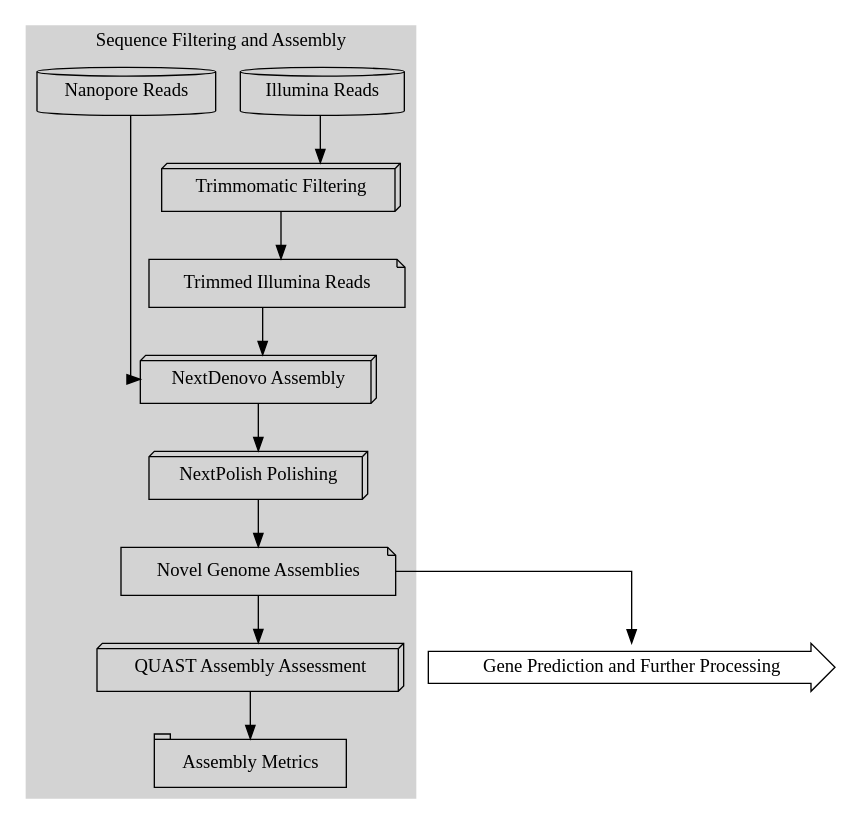
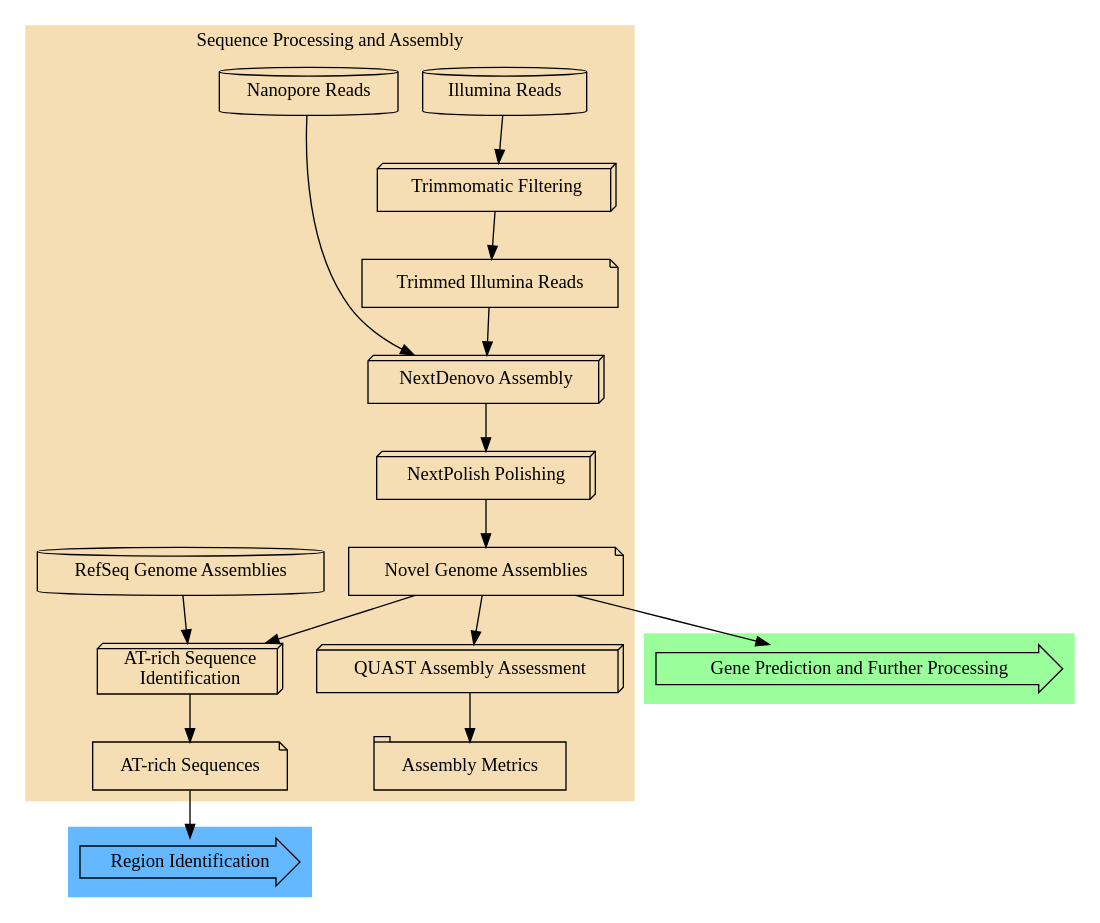
Before and after one commit to cbe453/masters: the diagram in working-thesis/figures/assembly-met.dot, drawn with Graphviz. The commit also changed 20 other files, not shown here.

```diff
--- a/working-thesis/figures/assembly-met.dot
+++ b/working-thesis/figures/assembly-met.dot
@@ -1,35 +1,53 @@
 digraph G{
 
-	"Gene Prediction and Further Processing" [shape = rarrow];
+	subgraph cluster_1 {
+		 style = filled;
+		 color = palegreen1;
+		 "Gene Prediction and Further Processing" [shape = rarrow];
+		 
+	}
+	
 	#"Identify AT-rich Genomic Sequence" [shape = box3d];
-
-	splines = ortho;
+	#splines = ortho;
 	rankdir = "TB";
 	subgraph cluster_0 {
 		 style = filled;
-		 color = lightgray;
+		 color = wheat;
 		 "Illumina Reads" [shape = cylinder];
 		 "Trimmomatic Filtering" [shape = box3d];
 		 "Nanopore Reads" [shape = cylinder];
 		 "NextDenovo Assembly" [shape = box3d];
 		 "NextPolish Polishing" [shape = box3d];
 		 "Trimmed Illumina Reads" [shape = note];
 		 "Novel Genome Assemblies" [shape = note];
 		 "Illumina Reads" -> "Trimmomatic Filtering";
 		 "Trimmomatic Filtering" -> "Trimmed Illumina Reads";
 		 "Trimmed Illumina Reads" -> "NextDenovo Assembly";
 		 "Nanopore Reads" -> "NextDenovo Assembly";
 		 "NextDenovo Assembly" -> "NextPolish Polishing" -> "Novel Genome Assemblies";
 		 "QUAST Assembly Assessment" [shape = box3d];
 		 "Novel Genome Assemblies" -> "QUAST Assembly Assessment";
 		 "Assembly Metrics" [shape = tab];
 		 "QUAST Assembly Assessment" -> "Assembly Metrics";
 		 #{rank = same; "Assembled Genomes"; "QUAST Assembly Assessment"};
 		 {rank = same; "Illumina Reads"; "Nanopore Reads"};
-		 label = "Sequence Filtering and Assembly";
+		 label = "Sequence Processing and Assembly";
 	 	 #{rank = same; "Novel GA"; "Gene Prediction and Further Processing"};
+		 "AT-rich Sequence\n Identification" [shape = box3d];
+		 "Novel Genome Assemblies" -> "AT-rich Sequence\n Identification";
+		 "RefSeq Genome Assemblies" [shape = cylinder];
+		 "RefSeq Genome Assemblies" -> "AT-rich Sequence\n Identification";
+		 "AT-rich Sequence\n Identification" -> "AT-rich Sequences"
+		 "AT-rich Sequences" [shape = note];
+	}
+
+	subgraph cluster_2 {
+		 style = filled;
+		 color = steelblue1;
+		 "Region Identification" [shape = rarrow]
 	}
 
 	#"Assembled Genomes" -> "Identify AT-rich Genomic Sequence";
 	"Novel Genome Assemblies" -> "Gene Prediction and Further Processing";
+	"AT-rich Sequences" -> "Region Identification";
 }
```
